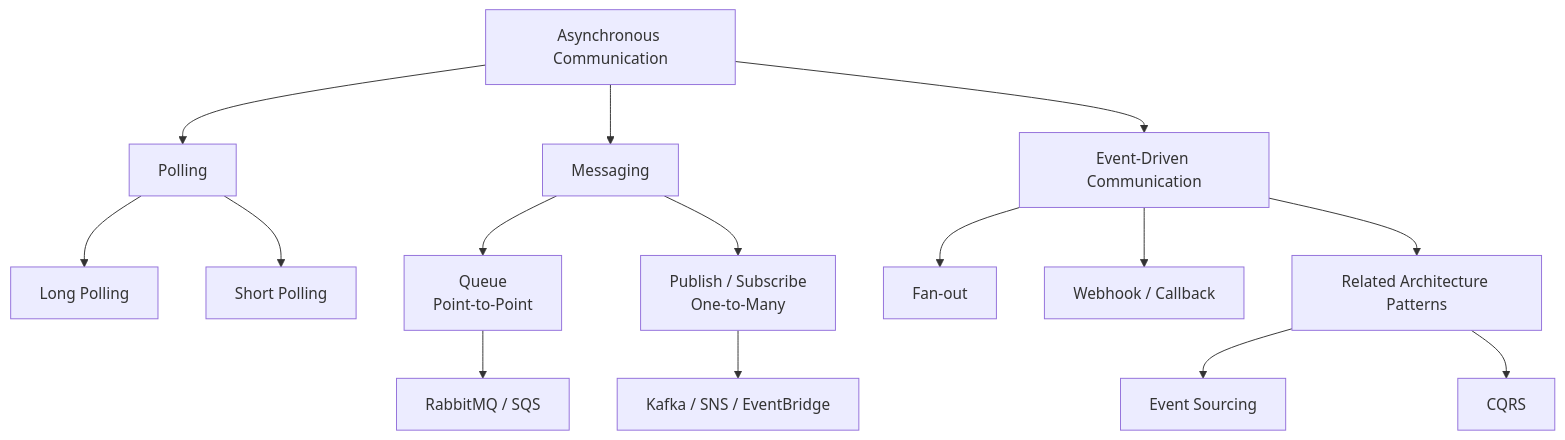
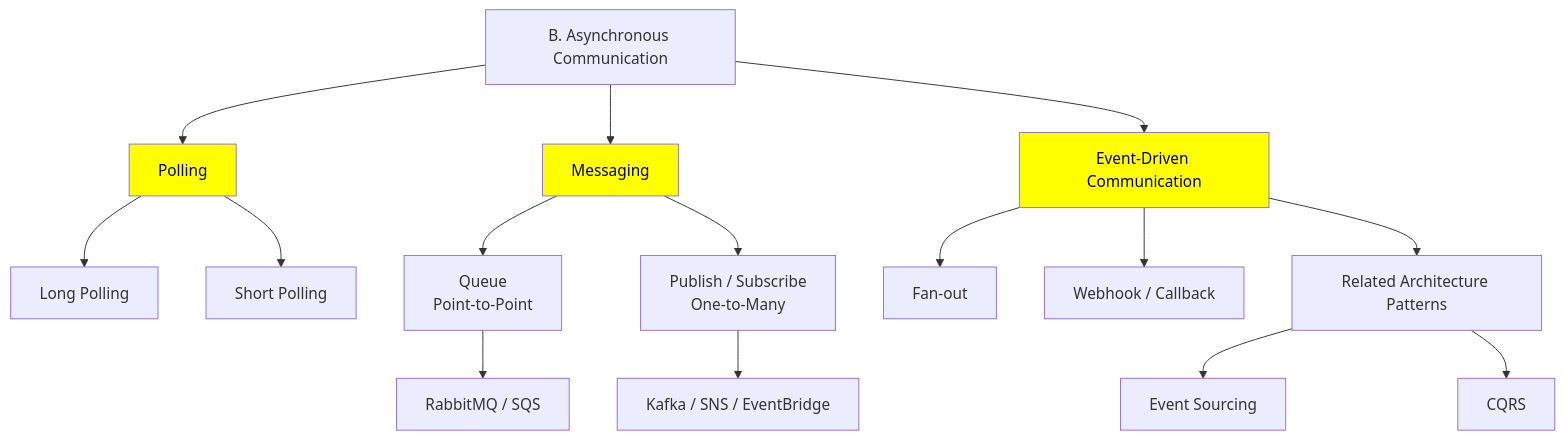
Before and after one commit to lekhrajdinkar/solution-engineer: the first of 6 diagrams in docs/2022-2025/SE_02_system-design/SD_03_Core-building-blocks/SD_03_54_Communication-pattern/02_asynchronous.md, drawn with Mermaid. The commit also changed other lines of this file and 3 other files, not shown here.

````diff
--- a/docs/2022-2025/SE_02_system-design/SD_03_Core-building-blocks/SD_03_54_Communication-pattern/02_asynchronous.md
+++ b/docs/2022-2025/SE_02_system-design/SD_03_Core-building-blocks/SD_03_54_Communication-pattern/02_asynchronous.md
@@ -3,22 +3,26 @@
 ```mermaid
 flowchart TB
-    ASYNC[Asynchronous Communication] --> MSG[Messaging]
+    ASYNC[B. Asynchronous Communication] --> MSG[Messaging]
     ASYNC --> EVENT[Event-Driven Communication]
     ASYNC --> POLL[Polling]
 
     POLL --> POLLL[Long Polling]
     POLL --> POLLS[Short Polling]
 
     MSG --> QUEUE[Queue<br/>Point-to-Point]
     MSG --> PUBSUB[Publish / Subscribe<br/>One-to-Many]
 
     QUEUE --> MQ[RabbitMQ / SQS]
     PUBSUB --> KAFKA[Kafka / SNS / EventBridge]
 
     EVENT --> FAN[Fan-out]
     EVENT --> WEBHOOK[Webhook / Callback]
     EVENT --> RELATED[Related Architecture Patterns]
 
     RELATED --> EVENTSRC[Event Sourcing]
     RELATED --> CQRS[CQRS]
+    
+    style POLL fill:yellow,color:black
+    style MSG fill:yellow,color:black
+    style EVENT fill:yellow,color:black
 ```
````
